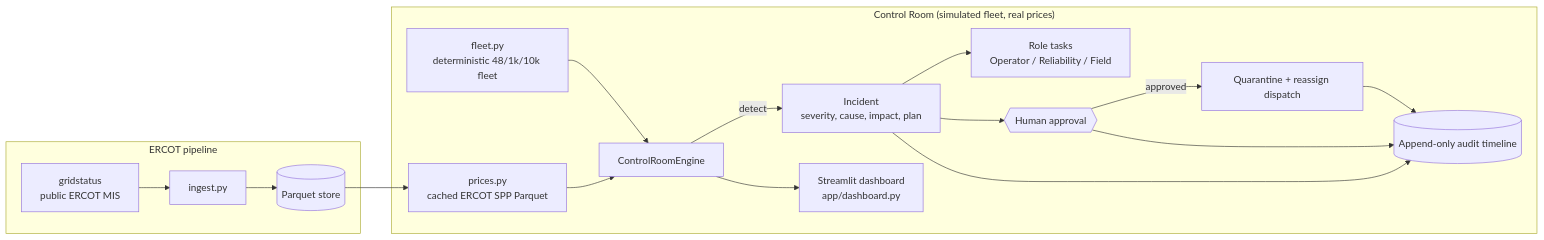
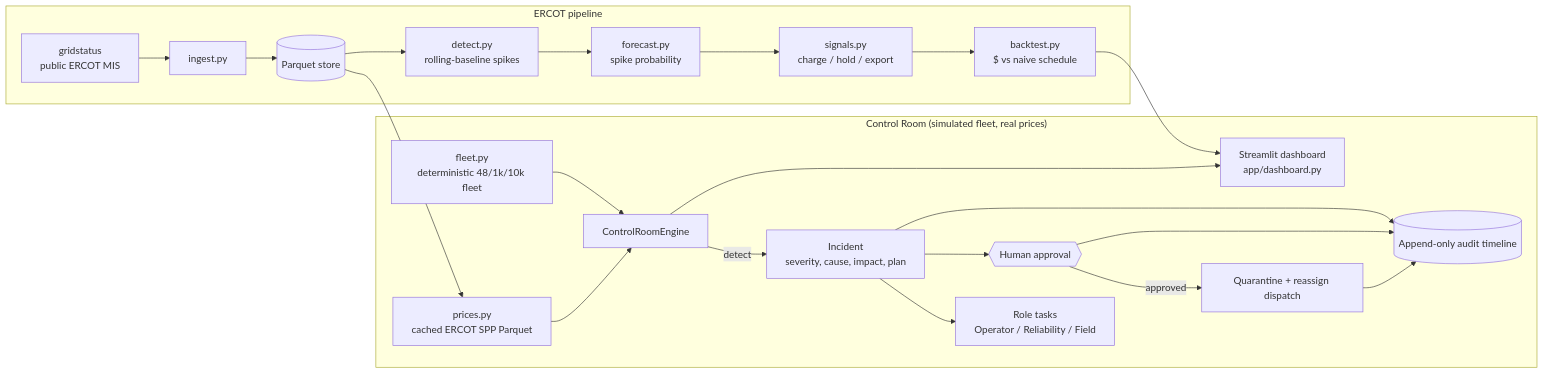
One commit to Regantih/gridsignal changed the diagram in README.md. Above: the diagram before and after it, drawn with Mermaid. The commit also changed other lines of this file and 13 other files, not shown here.

````diff
--- a/README.md
+++ b/README.md
@@ -93,19 +111,22 @@
 ```mermaid
 flowchart LR
     subgraph CR["Control Room (simulated fleet, real prices)"]
         F[fleet.py<br/>deterministic 48/1k/10k fleet] --> E[ControlRoomEngine]
         PR[prices.py<br/>cached ERCOT SPP Parquet] --> E
         E -->|detect| I[Incident<br/>severity, cause, impact, plan]
         I --> T[Role tasks<br/>Operator / Reliability / Field]
         I --> H{{Human approval}}
         H -->|approved| R[Quarantine + reassign dispatch]
         R --> A[(Append-only audit timeline)]
         H --> A
         I --> A
         E --> D[Streamlit dashboard<br/>app/dashboard.py]
     end
     subgraph GP["ERCOT pipeline"]
         G[gridstatus<br/>public ERCOT MIS] --> P[ingest.py] --> Q[(Parquet store)]
         Q --> PR
+        Q --> DT[detect.py<br/>rolling-baseline spikes] --> FC[forecast.py<br/>spike probability]
+        FC --> SG[signals.py<br/>charge / hold / export] --> BT[backtest.py<br/>$ vs naive schedule]
+        BT --> D
     end
 ```
````
